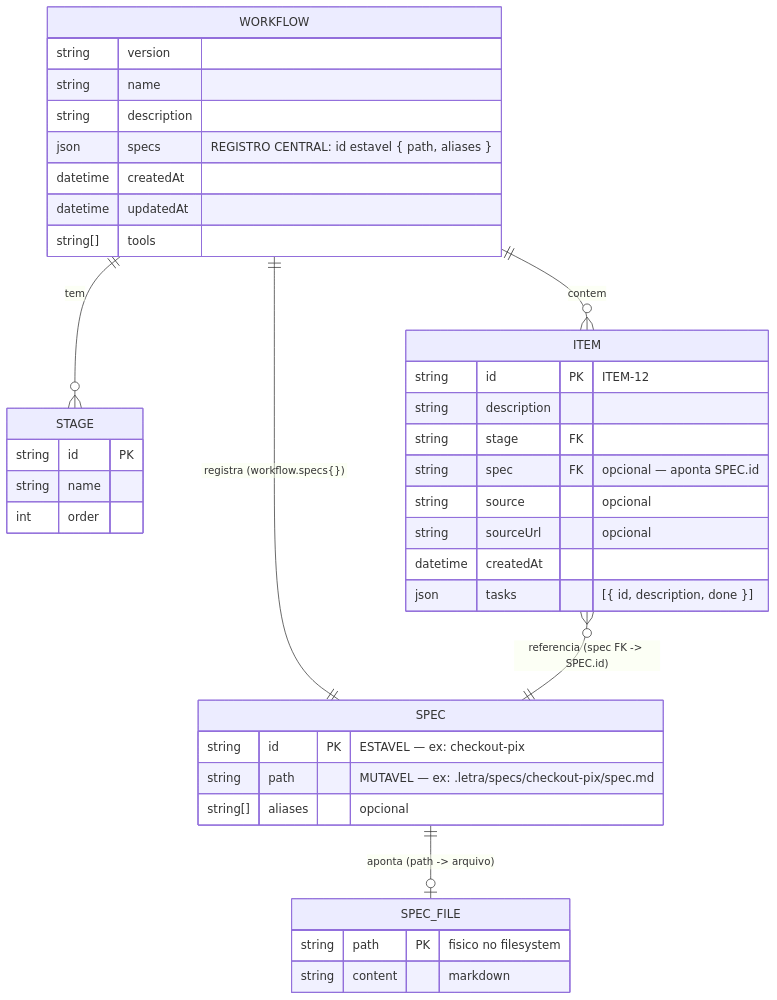
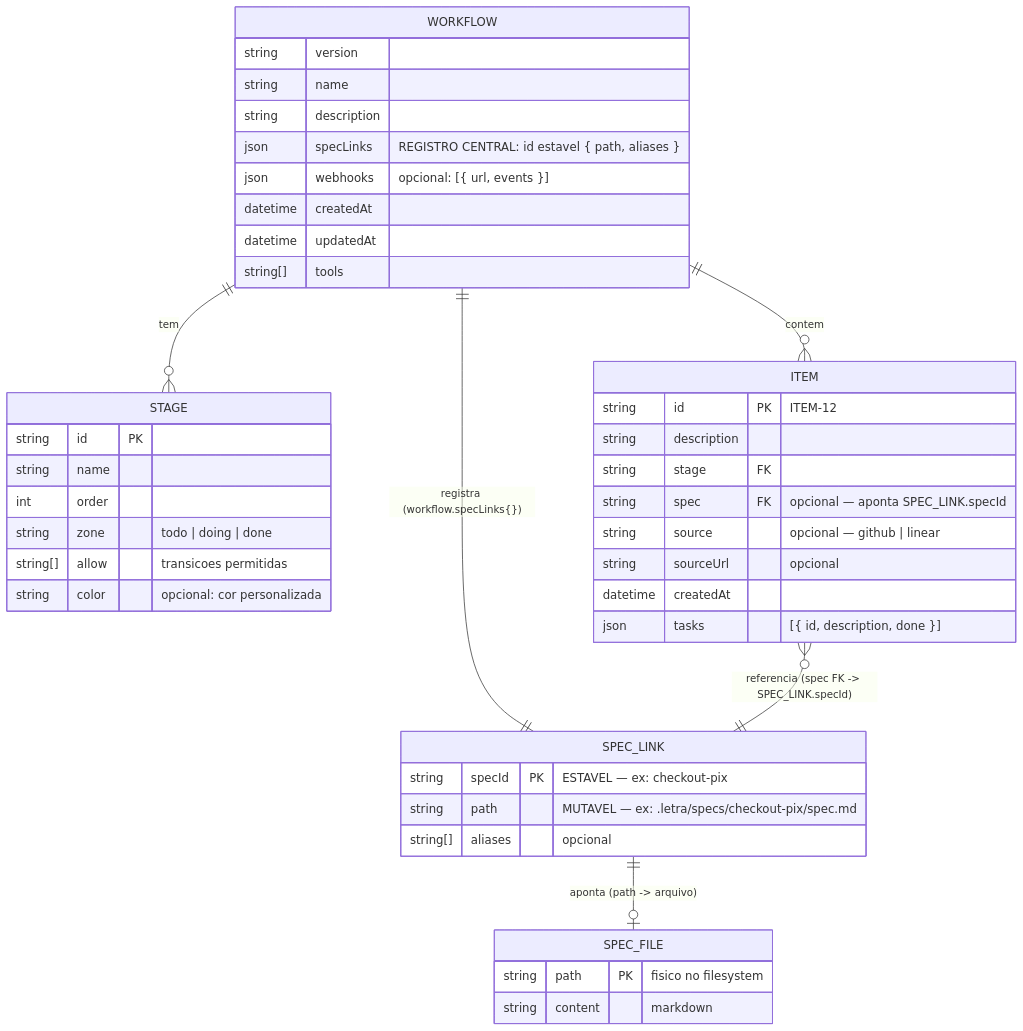
Before and after one commit to jspengine/letra: the diagram in .letra/docs/conceitos-e-arquitetura.md, drawn with Mermaid. The commit also changed other lines of this file and 122 other files, not shown here.

````diff
--- a/.letra/docs/conceitos-e-arquitetura.md
+++ b/.letra/docs/conceitos-e-arquitetura.md
@@ -121,42 +127,46 @@
 ```mermaid
 erDiagram
     WORKFLOW {
         string version
         string name
         string description
-        json specs "REGISTRO CENTRAL: id estavel { path, aliases }"
+        json specLinks "REGISTRO CENTRAL: id estavel { path, aliases }"
+        json webhooks "opcional: [{ url, events }]"
         datetime createdAt
         datetime updatedAt
         string[] tools
     }
     STAGE {
         string id PK
         string name
         int order
+        string zone "todo | doing | done"
+        string[] allow "transicoes permitidas"
+        string color "opcional: cor personalizada"
     }
-    SPEC {
-        string id PK "ESTAVEL — ex: checkout-pix"
+    SPEC_LINK {
+        string specId PK "ESTAVEL — ex: checkout-pix"
         string path "MUTAVEL — ex: .letra/specs/checkout-pix/spec.md"
         string[] aliases "opcional"
     }
     SPEC_FILE {
         string path PK "fisico no filesystem"
         string content "markdown"
     }
     ITEM {
         string id PK "ITEM-12"
         string description
         string stage FK
-        string spec FK "opcional — aponta SPEC.id"
-        string source "opcional"
+        string spec FK "opcional — aponta SPEC_LINK.specId"
+        string source "opcional — github | linear"
         string sourceUrl "opcional"
         datetime createdAt
         json tasks "[{ id, description, done }]"
     }
 
     WORKFLOW ||--o{ STAGE : "tem"
     WORKFLOW ||--o{ ITEM : "contem"
-    WORKFLOW ||--|| SPEC : "registra (workflow.specs{})"
-    ITEM }o--|| SPEC : "referencia (spec FK -> SPEC.id)"
-    SPEC ||--o| SPEC_FILE : "aponta (path -> arquivo)"
+    WORKFLOW ||--|| SPEC_LINK : "registra (workflow.specLinks{})"
+    ITEM }o--|| SPEC_LINK : "referencia (spec FK -> SPEC_LINK.specId)"
+    SPEC_LINK ||--o| SPEC_FILE : "aponta (path -> arquivo)"
 ```
````
